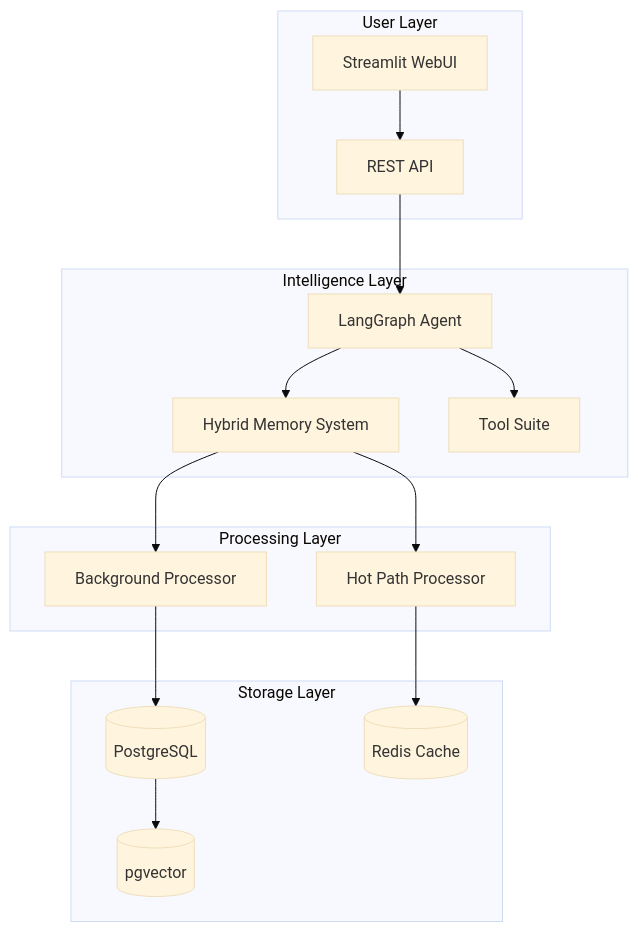
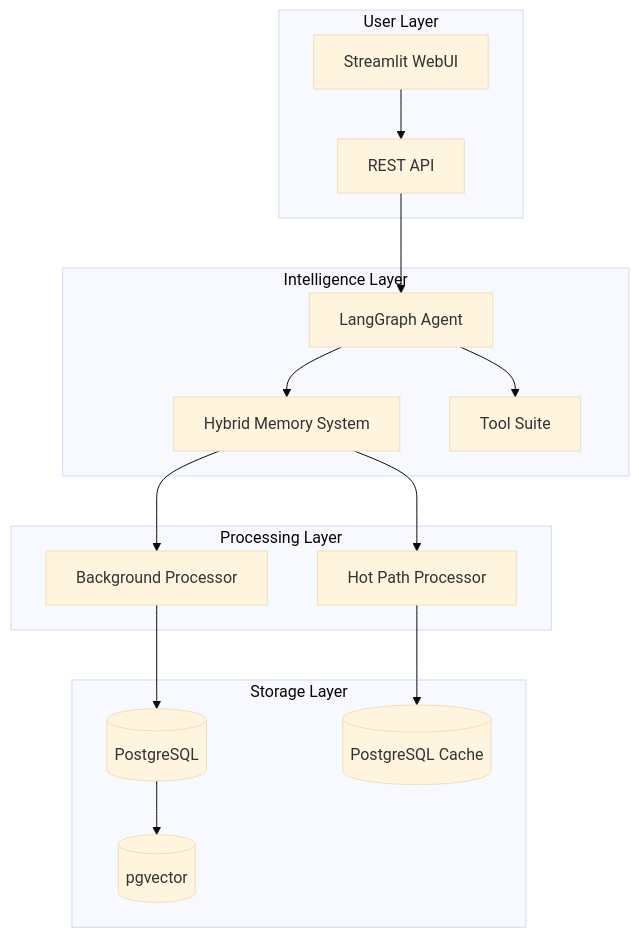
The second of 5 diagrams in testtt.md (lludlow/testimport), drawn with Mermaid (base theme) before and after one commit. The commit also changed other lines of this file, not shown here.

````diff
--- a/testtt.md
+++ b/testtt.md
@@ -56,34 +49,34 @@
 ```mermaid
 graph TD
     subgraph "User Layer"
         UI[Streamlit WebUI]
         API[REST API]
     end
 
     subgraph "Intelligence Layer"
         AGENT[LangGraph Agent]
         MEMORY[Hybrid Memory System]
         TOOLS[Tool Suite]
     end
 
     subgraph "Processing Layer"
         HOT[Hot Path Processor]
         COLD[Background Processor]
     end
 
     subgraph "Storage Layer"
         PG[(PostgreSQL)]
         VECTOR[(pgvector)]
-        CACHE[(Redis Cache)]
+        CACHE[(PostgreSQL Cache)]
     end
 
     UI --> API
     API --> AGENT
     AGENT --> MEMORY
     MEMORY --> HOT
     MEMORY --> COLD
     AGENT --> TOOLS
     HOT --> CACHE
     COLD --> PG
     PG --> VECTOR
 ```
````
